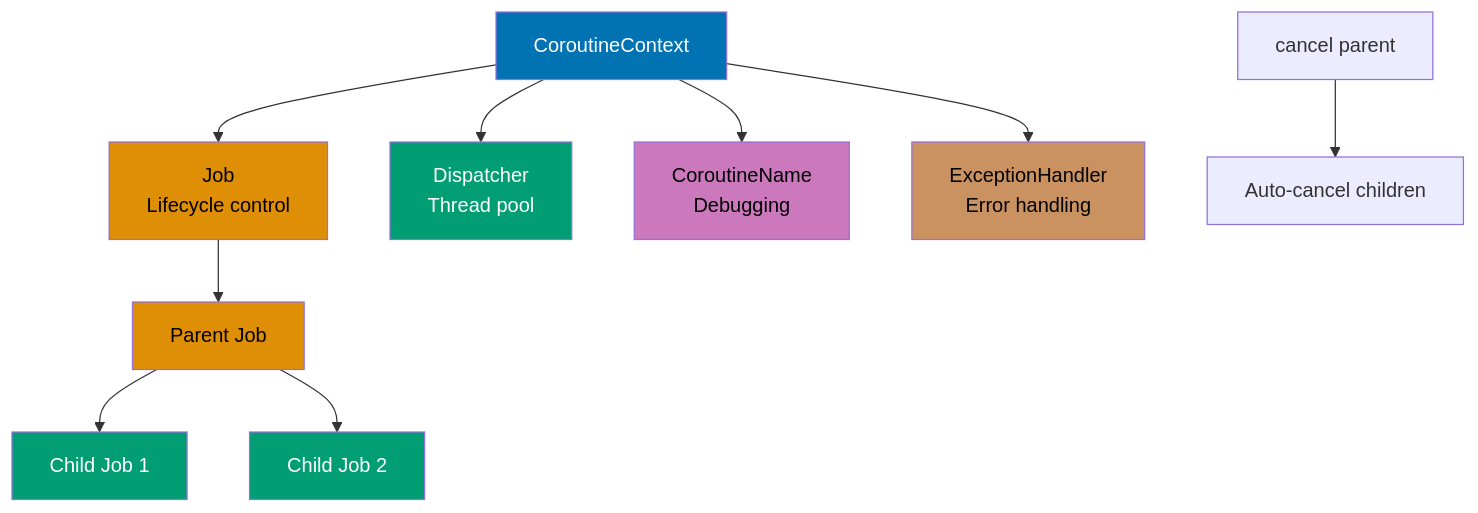
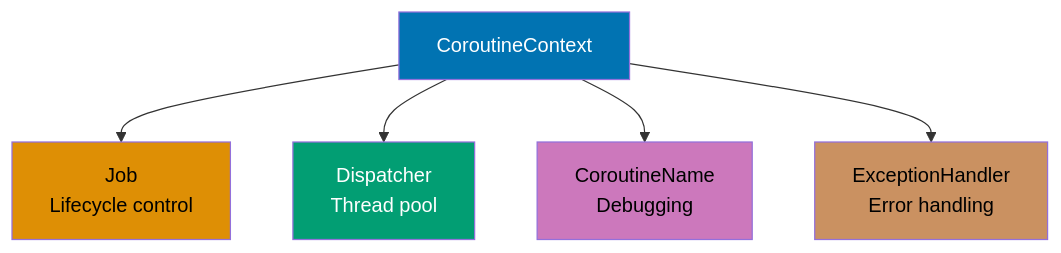
The third of 22 diagrams in apps/ayokoding-web/content/en/learn/software-engineering/programming-languages/kotlin/tutorials/by-example/advanced.md (wahidyankf/open-sharia-enterprise), drawn with Mermaid before and after one commit. The commit also changed other lines of this file and 10 other files, not shown here.

````diff
--- a/apps/ayokoding-web/content/en/learn/software-engineering/programming-languages/kotlin/tutorials/by-example/advanced.md
+++ b/apps/ayokoding-web/content/en/learn/software-engineering/programming-languages/kotlin/tutorials/by-example/advanced.md
@@ -124,23 +237,13 @@
 ```mermaid
-%% CoroutineContext composition showing elements
 graph TD
     A[CoroutineContext] --> B[Job<br/>Lifecycle control]
     A --> C[Dispatcher<br/>Thread pool]
     A --> D[CoroutineName<br/>Debugging]
     A --> E[ExceptionHandler<br/>Error handling]
 
-    B --> F[Parent Job]
-    F --> G[Child Job 1]
-    F --> H[Child Job 2]
-
-    I[cancel parent] --> J[Auto-cancel children]
-
     style A fill:#0173B2,color:#fff
     style B fill:#DE8F05,color:#000
     style C fill:#029E73,color:#fff
     style D fill:#CC78BC,color:#000
     style E fill:#CA9161,color:#000
-    style F fill:#DE8F05,color:#000
-    style G fill:#029E73,color:#fff
-    style H fill:#029E73,color:#fff
 ```
````
